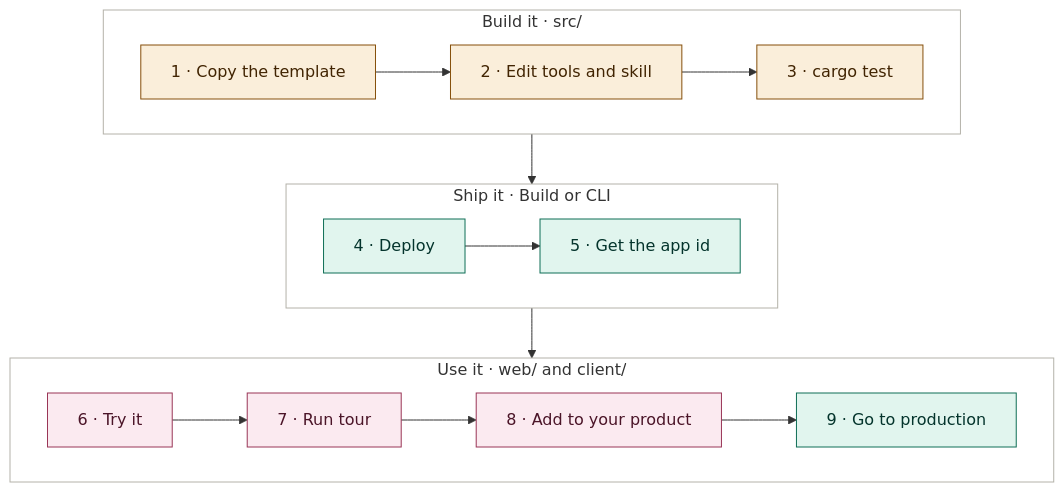
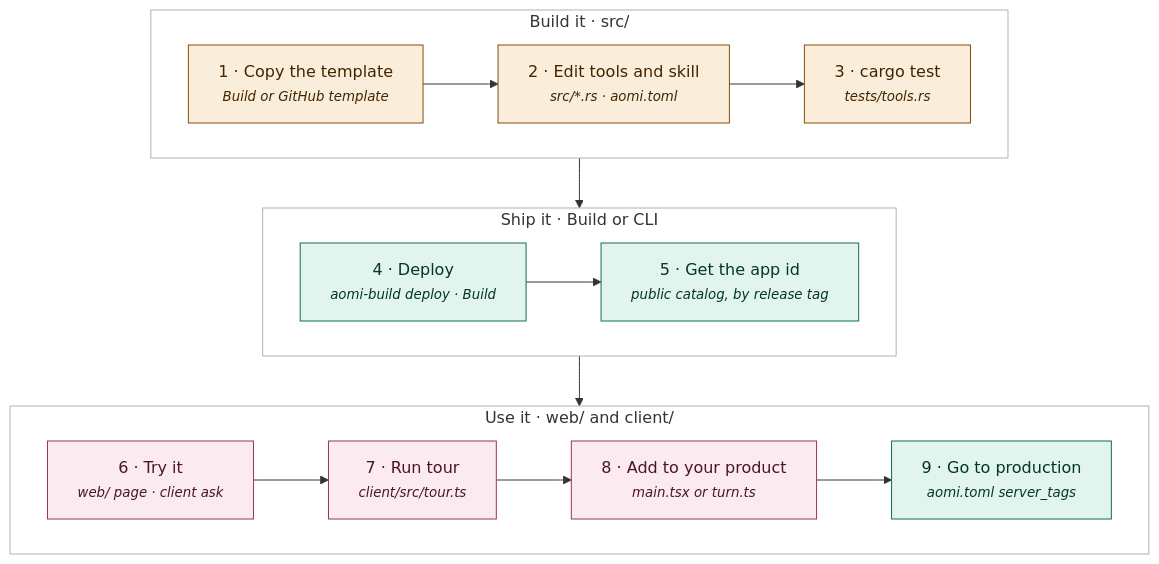
One commit to aomi-labs/playground-example changed the first of 2 diagrams in README.md. Above: the diagram before and after it, drawn with Mermaid.

Commit message:
Note the code each journey step touches

````diff
--- a/README.md
+++ b/README.md
@@ -9,26 +9,26 @@
 ```mermaid
 flowchart TB
   subgraph build["Build it · src/"]
     direction LR
-    copy["1 · Copy the template"] --> edit["2 · Edit tools and skill"] --> test["3 · cargo test"]
+    copy["1 · Copy the template<br/><small><i>Build or GitHub template</i></small>"] --> edit["2 · Edit tools and skill<br/><small><i>src/*.rs · aomi.toml</i></small>"] --> test["3 · cargo test<br/><small><i>tests/tools.rs</i></small>"]
   end
   subgraph ship["Ship it · Build or CLI"]
     direction LR
-    deploy["4 · Deploy"] --> appid["5 · Get the app id"]
+    deploy["4 · Deploy<br/><small><i>aomi-build deploy · Build</i></small>"] --> appid["5 · Get the app id<br/><small><i>public catalog, by release tag</i></small>"]
   end
   subgraph use["Use it · web/ and client/"]
     direction LR
-    try["6 · Try it"] --> tour["7 · Run tour"] --> product["8 · Add to your product"] --> prod["9 · Go to production"]
+    try["6 · Try it<br/><small><i>web/ page · client ask</i></small>"] --> tour["7 · Run tour<br/><small><i>client/src/tour.ts</i></small>"] --> product["8 · Add to your product<br/><small><i>main.tsx or turn.ts</i></small>"] --> prod["9 · Go to production<br/><small><i>aomi.toml server_tags</i></small>"]
   end
   build --> ship --> use
 
   classDef app fill:#FAEEDA,stroke:#854F0B,color:#412402
   classDef callers fill:#FBEAF0,stroke:#993556,color:#4B1528
   classDef aomi fill:#E1F5EE,stroke:#0F6E56,color:#04342C
   class copy,edit,test app
   class try,tour,product callers
   class deploy,appid,prod aomi
   style build fill:#ffffff,stroke:#B4B2A9
   style ship fill:#ffffff,stroke:#B4B2A9
   style use fill:#ffffff,stroke:#B4B2A9
 ```
````
